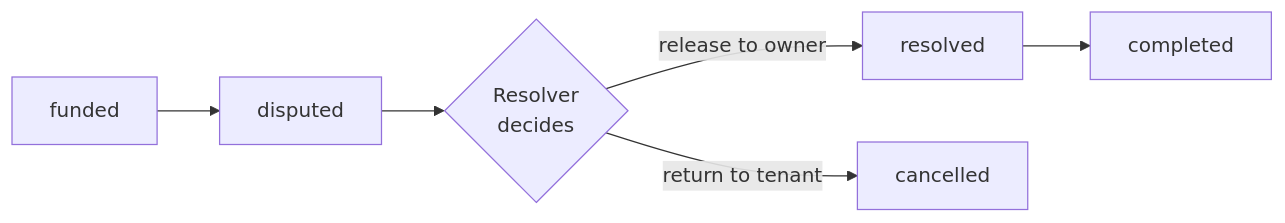
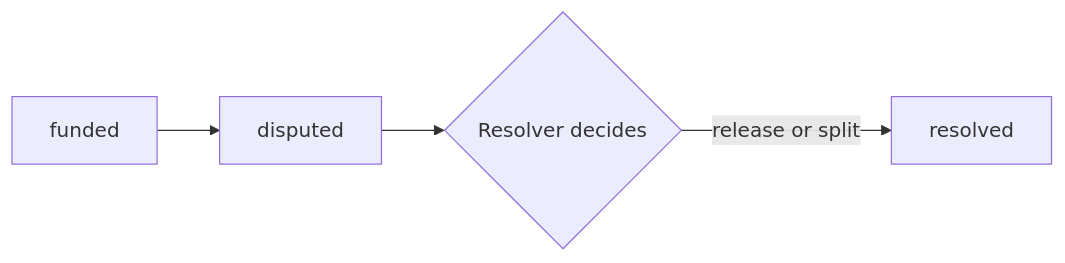
The second of 3 diagrams in docs/stellar/dispute-resolve.md (safetrustcr/backend-SafeTrust), drawn with Mermaid before and after one commit. The commit also changed other lines of this file, not shown here.

````diff
--- a/docs/stellar/dispute-resolve.md
+++ b/docs/stellar/dispute-resolve.md
@@ -100,8 +107,6 @@
 ```mermaid
 flowchart LR
     A[funded] --> B[disputed]
-    B --> C{Resolver\ndecides}
-    C -->|release to owner| D[resolved]
-    C -->|return to tenant| E[cancelled]
-    D --> F[completed]
+    B --> C{Resolver decides}
+    C -->|release or split| D[resolved]
 ```
````
